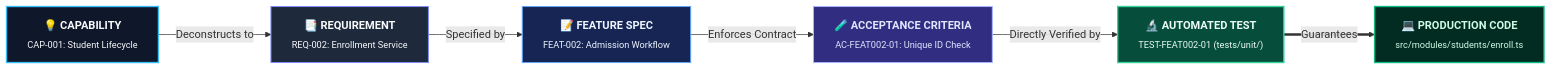
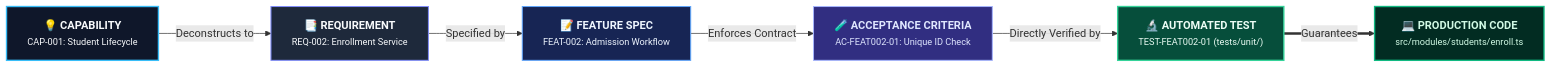
One commit to rmsofficialsyt/Agentic-AI-Vibe-Coding-AND-SDD-TDD-Codebase-Chandan-Adhikary changed the second of 3 diagrams in SDD-TDD-Chandan-Adhikary/Spec-Driven-Development/README.md. Above: the diagram before and after it, drawn with Mermaid. The commit also changed other lines of this file and 27 other files, not shown here.

Commit message:
docs: resolve text overlap and scattering across all diagrams via semantic typography and layout contracts

````diff
--- a/SDD-TDD-Chandan-Adhikary/Spec-Driven-Development/README.md
+++ b/SDD-TDD-Chandan-Adhikary/Spec-Driven-Development/README.md
@@ -97,15 +97,15 @@
 ```mermaid
 flowchart LR
     classDef cap fill:#0f172a,stroke:#38bdf8,stroke-width:2px,color:#f8fafc;
     classDef req fill:#1e293b,stroke:#818cf8,stroke-width:1.5px,color:#f8fafc;
     classDef feat fill:#172554,stroke:#60a5fa,stroke-width:1.5px,color:#eff6ff;
     classDef ac fill:#312e81,stroke:#a5b4fc,stroke-width:1.5px,color:#e0e7ff;
     classDef test fill:#064e3b,stroke:#34d399,stroke-width:2px,color:#ecfdf5;
     classDef code fill:#022c22,stroke:#10b981,stroke-width:2px,color:#d1fae5;
 
-    CAP["<b>💡 CAPABILITY</b><br/><sub>CAP-001: Student Lifecycle</sub>"]:::cap -->|"Deconstructs to"| REQ["<b>📑 REQUIREMENT</b><br/><sub>REQ-002: Enrollment Service</sub>"]:::req
-    REQ -->|"Specified by"| FEAT["<b>📝 FEATURE SPEC</b><br/><sub>FEAT-002: Admission Workflow</sub>"]:::feat
-    FEAT -->|"Enforces Contract"| AC["<b>🧪 ACCEPTANCE CRITERIA</b><br/><sub>AC-FEAT002-01: Unique ID Check</sub>"]:::ac
-    AC -->|"Directly Verified by"| TEST["<b>🔬 AUTOMATED TEST</b><br/><sub>TEST-FEAT002-01 (tests/unit/)</sub>"]:::test
-    TEST ==>|"Guarantees"| CODE["<b>💻 PRODUCTION CODE</b><br/><sub>src/modules/students/enroll.ts</sub>"]:::code
+    CAP["<b>💡 CAPABILITY</b><br/><small>CAP-001: Student Lifecycle</small>"]:::cap -->|"Deconstructs to"| REQ["<b>📑 REQUIREMENT</b><br/><small>REQ-002: Enrollment Service</small>"]:::req
+    REQ -->|"Specified by"| FEAT["<b>📝 FEATURE SPEC</b><br/><small>FEAT-002: Admission Workflow</small>"]:::feat
+    FEAT -->|"Enforces Contract"| AC["<b>🧪 ACCEPTANCE CRITERIA</b><br/><small>AC-FEAT002-01: Unique ID Check</small>"]:::ac
+    AC -->|"Directly Verified by"| TEST["<b>🔬 AUTOMATED TEST</b><br/><small>TEST-FEAT002-01 (tests/unit/)</small>"]:::test
+    TEST ==>|"Guarantees"| CODE["<b>💻 PRODUCTION CODE</b><br/><small>src/modules/students/enroll.ts</small>"]:::code
 ```
````
